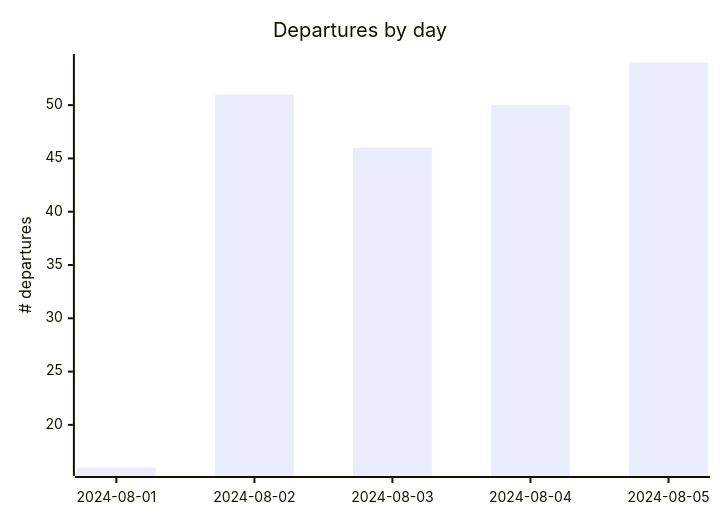
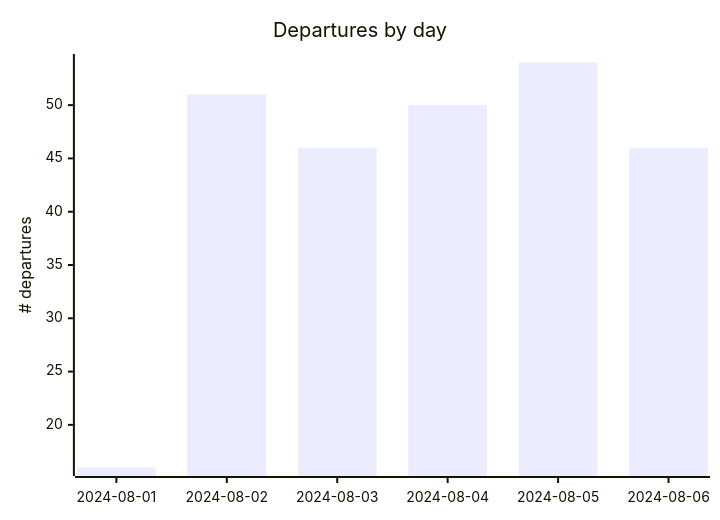
The diagram in README.md (rainermesi/tll-airport-departures), drawn with Mermaid before and after one commit. The commit also changed other lines of this file, not shown here.

````diff
--- a/README.md
+++ b/README.md
@@ -7,7 +7,7 @@
 ```mermaid
 xychart-beta
     title "Departures by day"
-    x-axis ["2024-08-01", "2024-08-02", "2024-08-03", "2024-08-04", "2024-08-05"]
+    x-axis ["2024-08-01", "2024-08-02", "2024-08-03", "2024-08-04", "2024-08-05", "2024-08-06"]
     y-axis "# departures"
-    bar [16, 51, 46, 50, 54]
+    bar [16, 51, 46, 50, 54, 46]
 ```
````
